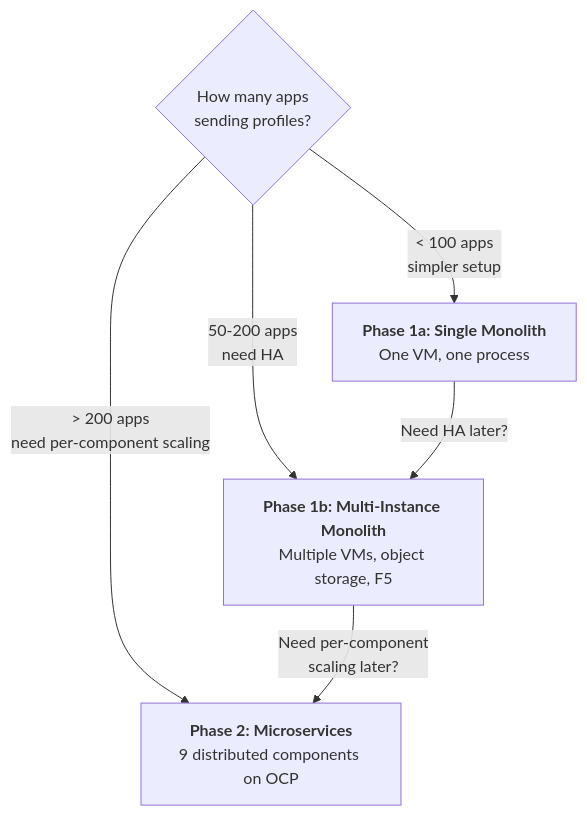
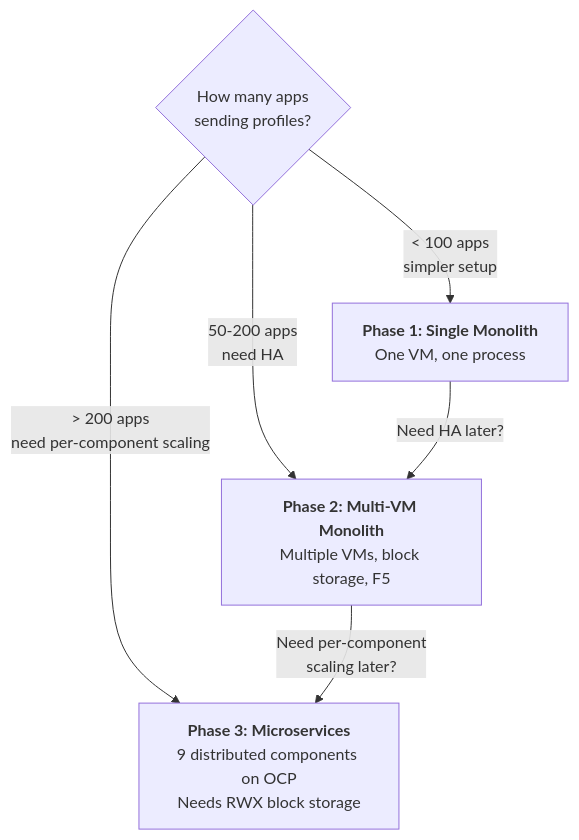
One commit to aff0gat000/pyroscope changed the second of 15 diagrams in docs/deployment-guide.md. Above: the diagram before and after it, drawn with Mermaid. The commit also changed other lines of this file and 32 other files, not shown here.

````diff
--- a/docs/deployment-guide.md
+++ b/docs/deployment-guide.md
@@ -45,9 +45,9 @@
 ```mermaid
 graph TD
-    A{How many apps<br/>sending profiles?} -->|"< 100 apps<br/>simpler setup"| B["<b>Phase 1a: Single Monolith</b><br/>One VM, one process"]
-    A -->|"50-200 apps<br/>need HA"| D["<b>Phase 1b: Multi-Instance Monolith</b><br/>Multiple VMs, object storage, F5"]
-    A -->|"> 200 apps<br/>need per-component scaling"| C["<b>Phase 2: Microservices</b><br/>9 distributed components on OCP"]
+    A{How many apps<br/>sending profiles?} -->|"< 100 apps<br/>simpler setup"| B["<b>Phase 1: Single Monolith</b><br/>One VM, one process"]
+    A -->|"50-200 apps<br/>need HA"| D["<b>Phase 2: Multi-VM Monolith</b><br/>Multiple VMs, block storage, F5"]
+    A -->|"> 200 apps<br/>need per-component scaling"| C["<b>Phase 3: Microservices</b><br/>9 distributed components on OCP<br/>Needs RWX block storage"]
 
     B -->|"Need HA later?"| D
     D -->|"Need per-component<br/>scaling later?"| C
 ```
````
